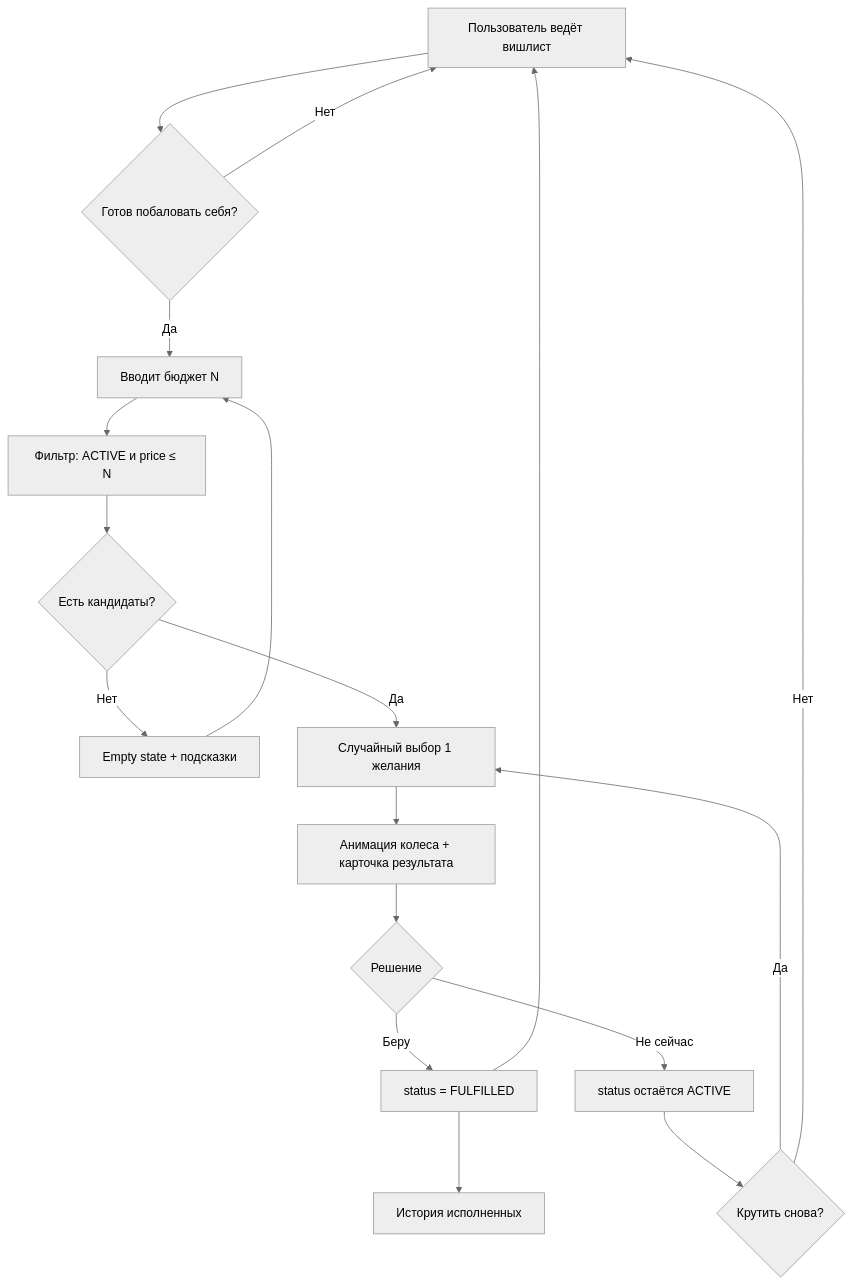
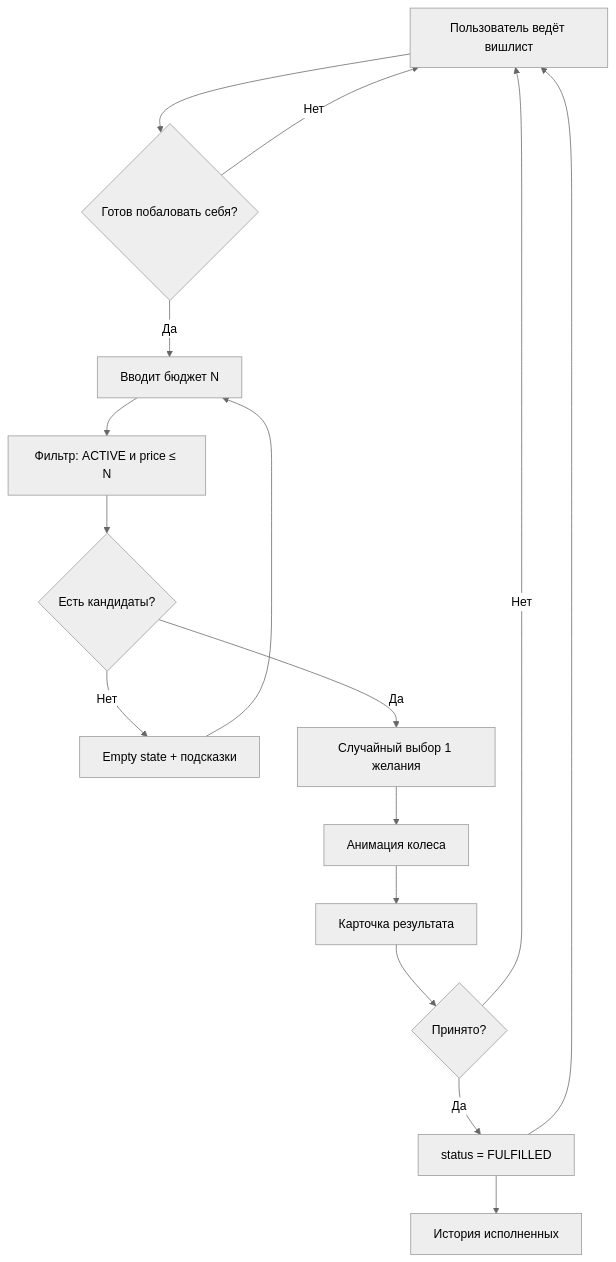
Before and after one commit to dziominpavel/Wishlot: the diagram in docs/BUSINESS_PROCESS.md, drawn with Mermaid (neutral theme). The commit also changed other lines of this file and 11 other files, not shown here.

First line of the commit message:
Implement swipe-to-delete and simplify Fortune Wheel flow

````diff
--- a/docs/BUSINESS_PROCESS.md
+++ b/docs/BUSINESS_PROCESS.md
@@ -23,20 +23,18 @@
 ```mermaid
 flowchart TD
     A[Пользователь ведёт вишлист] --> B{Готов побаловать себя?}
     B -->|Нет| A
     B -->|Да| C[Вводит бюджет N]
     C --> D[Фильтр: ACTIVE и price ≤ N]
     D --> E{Есть кандидаты?}
     E -->|Нет| F[Empty state + подсказки]
     F --> C
     E -->|Да| G[Случайный выбор 1 желания]
-    G --> H[Анимация колеса + карточка результата]
-    H --> I{Решение}
-    I -->|Беру| J[status = FULFILLED]
-    I -->|Не сейчас| K[status остаётся ACTIVE]
-    J --> L[История исполненных]
-    K --> M{Крутить снова?}
-    M -->|Да| G
-    M -->|Нет| A
-    J --> A
+    G --> H[Анимация колеса]
+    H --> I[Карточка результата]
+    I --> J{Принято?}
+    J -->|Да| K[status = FULFILLED]
+    K --> L[История исполненных]
+    K --> A
+    J -->|Нет| A
 ```
````
